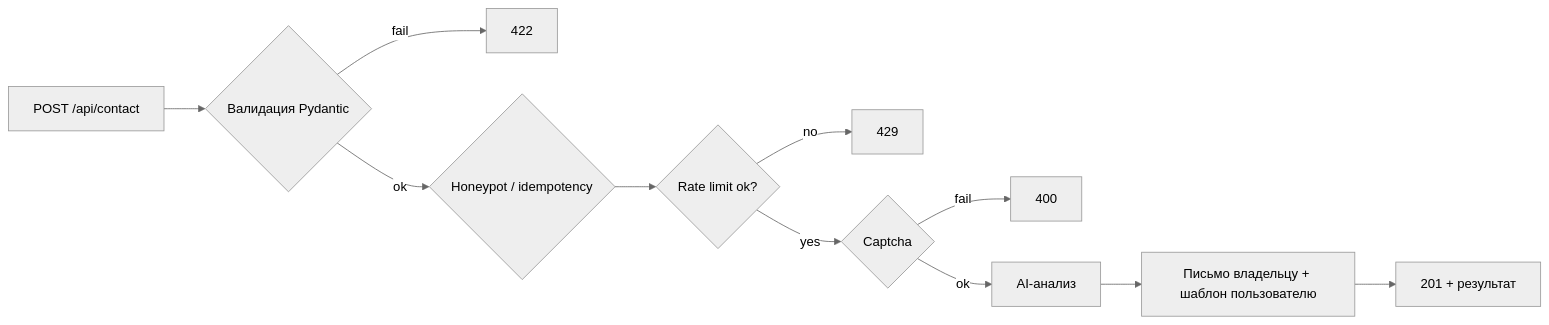
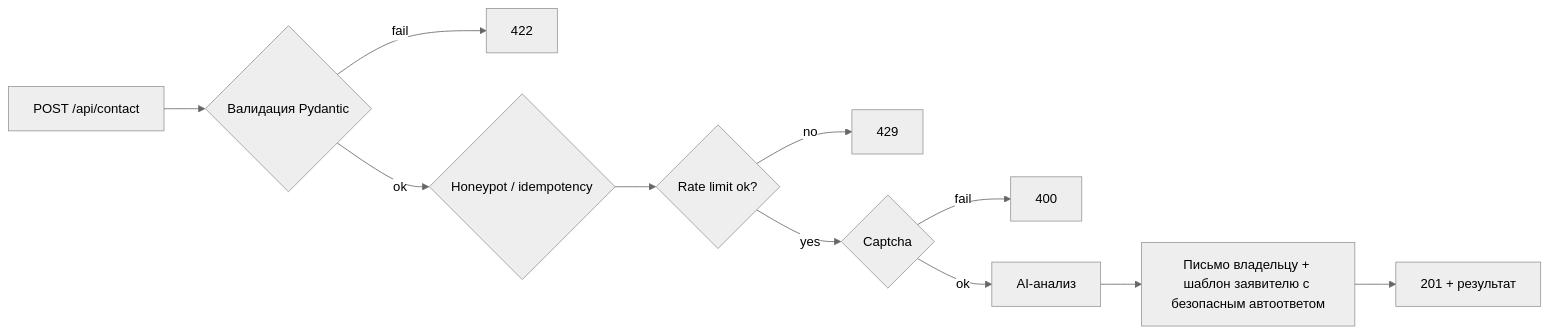
Before and after one commit to dalem-732/landing-contact: the first of 2 diagrams in README.md, drawn with Mermaid (neutral theme). The commit also changed other lines of this file and 8 other files, not shown here.

````diff
--- a/README.md
+++ b/README.md
@@ -219,13 +220,13 @@
 ```mermaid
 flowchart LR
   A[POST /api/contact] --> V{Валидация Pydantic}
   V -->|fail| E422[422]
   V -->|ok| H{Honeypot / idempotency}
   H --> B{Rate limit ok?}
   B -->|no| E429[429]
   B -->|yes| C{Captcha}
   C -->|fail| E400[400]
   C -->|ok| D[AI-анализ]
-  D --> F[Письмо владельцу + шаблон пользователю]
+  D --> F[Письмо владельцу + шаблон заявителю с безопасным автоответом]
   F --> R[201 + результат]
 ```
````
